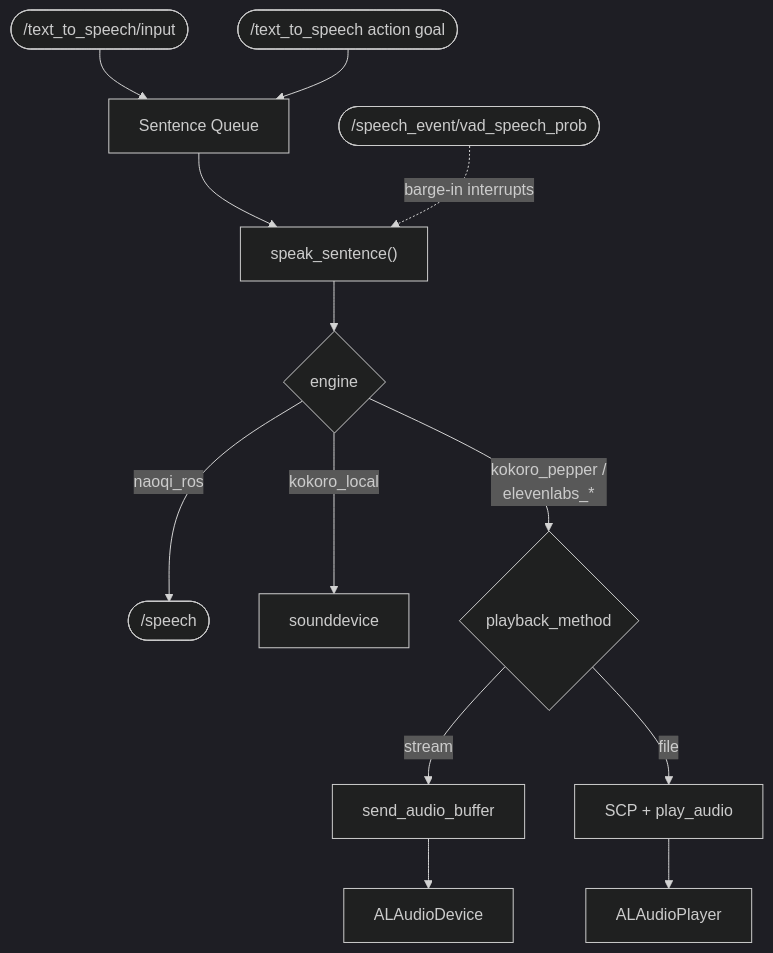
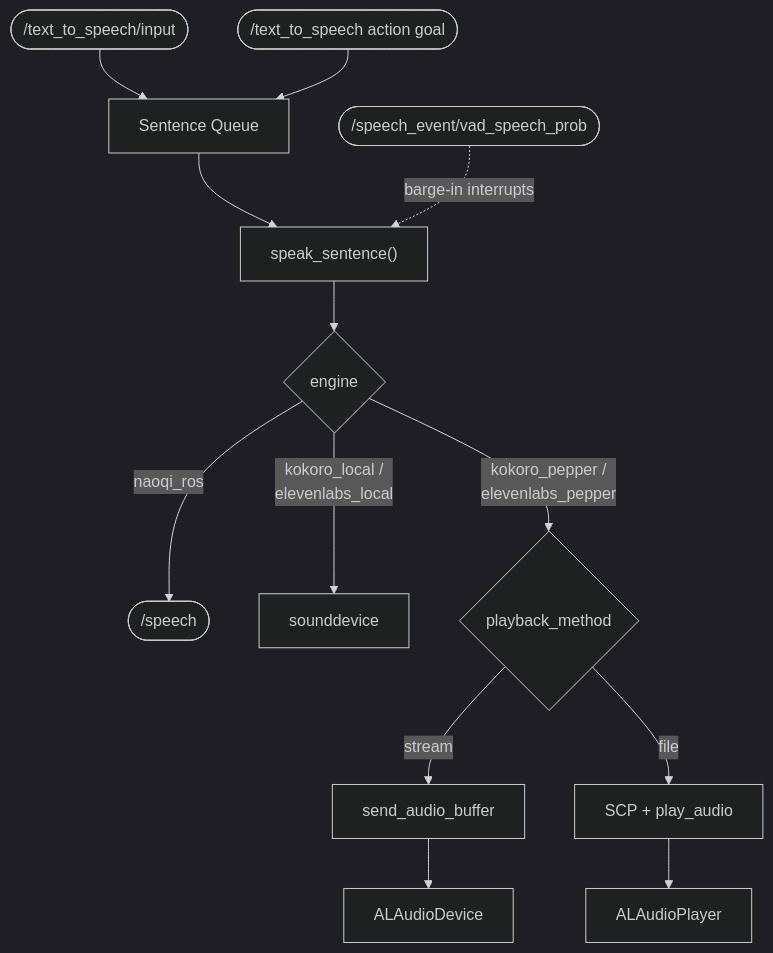
Before and after one commit to yohatad/pepper4dec: the diagram in dec_system/text_to_speech/README.md, drawn with Mermaid (dark theme). The commit also changed other lines of this file, not shown here.

First line of the commit message:
Fix text_to_speech README: diagram grouping bug and missing doc fields

````diff
--- a/dec_system/text_to_speech/README.md
+++ b/dec_system/text_to_speech/README.md
@@ -171,16 +181,16 @@
 ```mermaid
 flowchart TD
     A(["/text_to_speech/input"]) --> C["Sentence Queue"]
     B(["/text_to_speech action goal"]) --> C
     C --> D["speak_sentence()"]
     D --> E{"engine"}
     E -- "naoqi_ros" --> F(["/speech"])
-    E -- "kokoro_local" --> G["sounddevice"]
-    E -- "kokoro_pepper /\nelevenlabs_*" --> H{"playback_method"}
+    E -- "kokoro_local /\nelevenlabs_local" --> G["sounddevice"]
+    E -- "kokoro_pepper /\nelevenlabs_pepper" --> H{"playback_method"}
     H -- "stream" --> I["send_audio_buffer"]
     I --> J["ALAudioDevice"]
     H -- "file" --> K["SCP + play_audio"]
     K --> L["ALAudioPlayer"]
 
     M(["/speech_event/vad_speech_prob"]) -. "barge-in interrupts" .-> D
 ```
````
